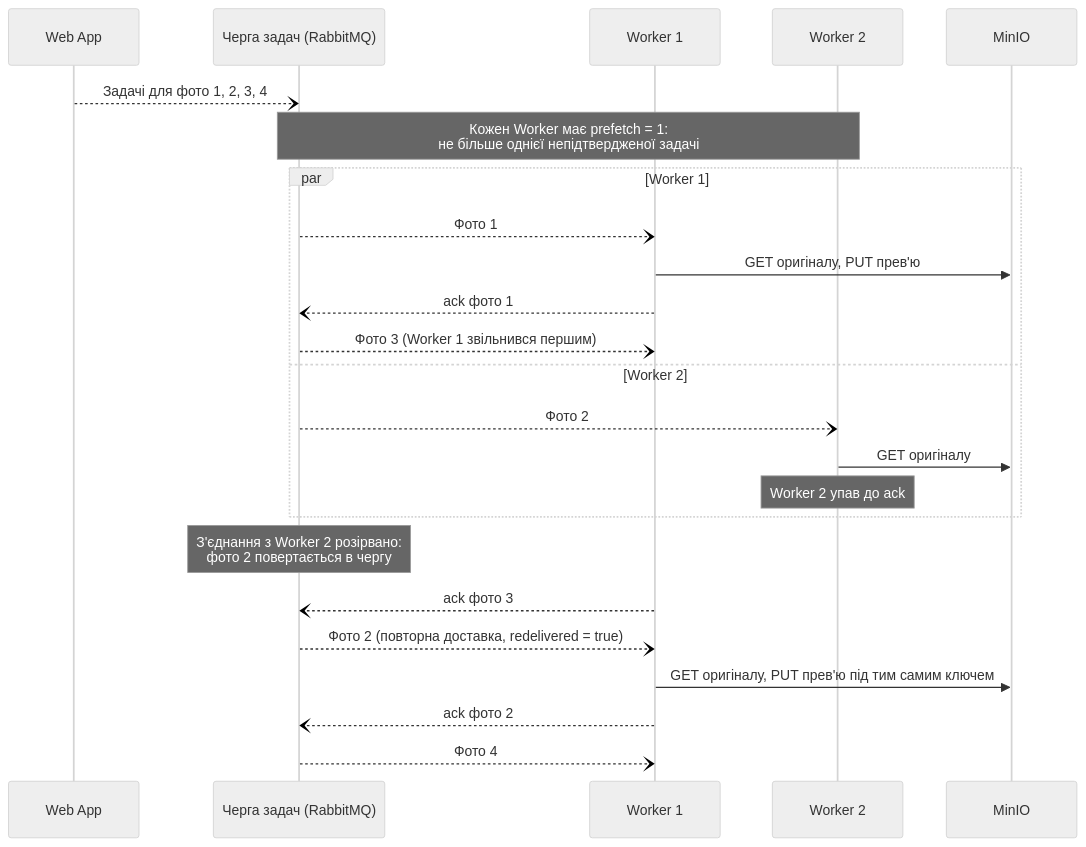
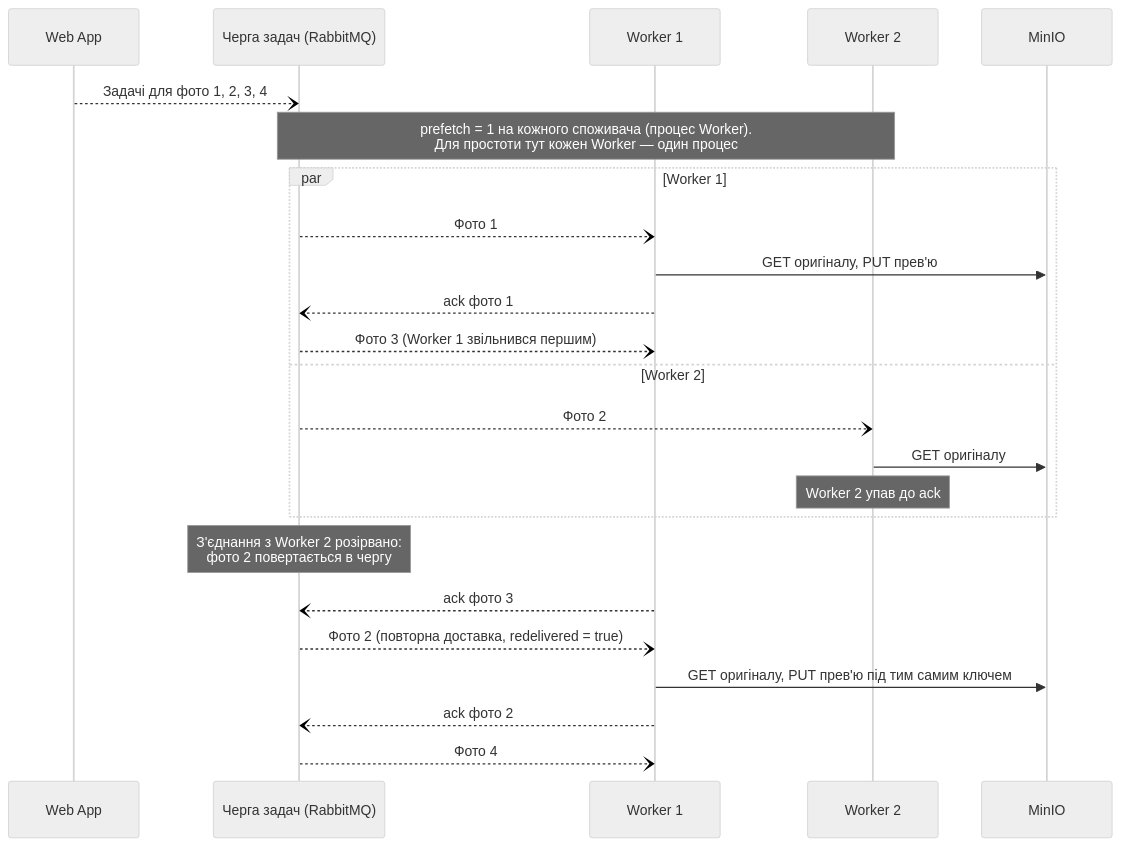
Before and after one commit to alonasaienko/picpick: the diagram in docs/06-concurrency/cs-201-competing-consumers.md, drawn with Mermaid (neutral theme). The commit also changed other lines of this file, not shown here.

Commit message:
docs(concurrency): atomic idempotency and per-consumer prefetch in CS-201

````diff
--- a/docs/06-concurrency/cs-201-competing-consumers.md
+++ b/docs/06-concurrency/cs-201-competing-consumers.md
@@ -26,27 +26,27 @@
 ```mermaid
 sequenceDiagram
     participant WebApp as Web App
     participant Tasks as Черга задач (RabbitMQ)
     participant W1 as Worker 1
     participant W2 as Worker 2
     participant MinIO as MinIO
 
     WebApp--)Tasks: Задачі для фото 1, 2, 3, 4
-    Note over Tasks,W2: Кожен Worker має prefetch = 1:<br/>не більше однієї непідтвердженої задачі
+    Note over Tasks,W2: prefetch = 1 на кожного споживача (процес Worker).<br/>Для простоти тут кожен Worker — один процес
     par Worker 1
         Tasks--)W1: Фото 1
         W1->>MinIO: GET оригіналу, PUT прев'ю
         W1--)Tasks: ack фото 1
         Tasks--)W1: Фото 3 (Worker 1 звільнився першим)
     and Worker 2
         Tasks--)W2: Фото 2
         W2->>MinIO: GET оригіналу
         Note over W2: Worker 2 упав до ack
     end
     Note over Tasks: З'єднання з Worker 2 розірвано:<br/>фото 2 повертається в чергу
     W1--)Tasks: ack фото 3
     Tasks--)W1: Фото 2 (повторна доставка, redelivered = true)
     W1->>MinIO: GET оригіналу, PUT прев'ю під тим самим ключем
     W1--)Tasks: ack фото 2
     Tasks--)W1: Фото 4
 ```
````
